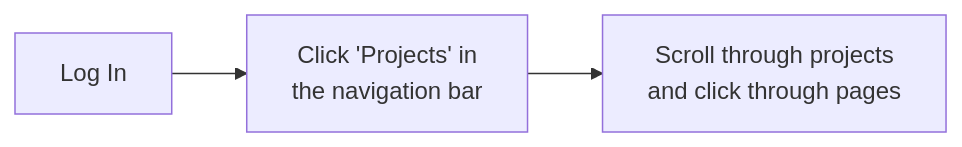
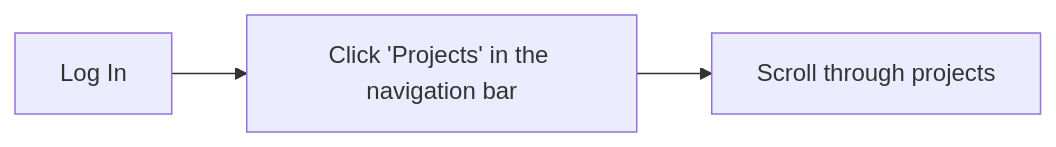
Before and after one commit to EvitaKnits/hitch-hound: the seventh of 10 diagrams in README.md, drawn with Mermaid. The commit also changed other lines of this file, not shown here.

Commit message:
Tweak user journey diagrams for accuracy

````diff
--- a/README.md
+++ b/README.md
@@ -157,5 +165,5 @@
 ```mermaid
 flowchart LR
-    A[Log In] --> B[Click 'Projects' in\n the navigation bar]
-    B --> C[Scroll through projects\n and click through pages]
+    A[Log In] --> B[Click 'Projects' in the navigation bar]
+    B --> C[Scroll through projects]
 ```
````
